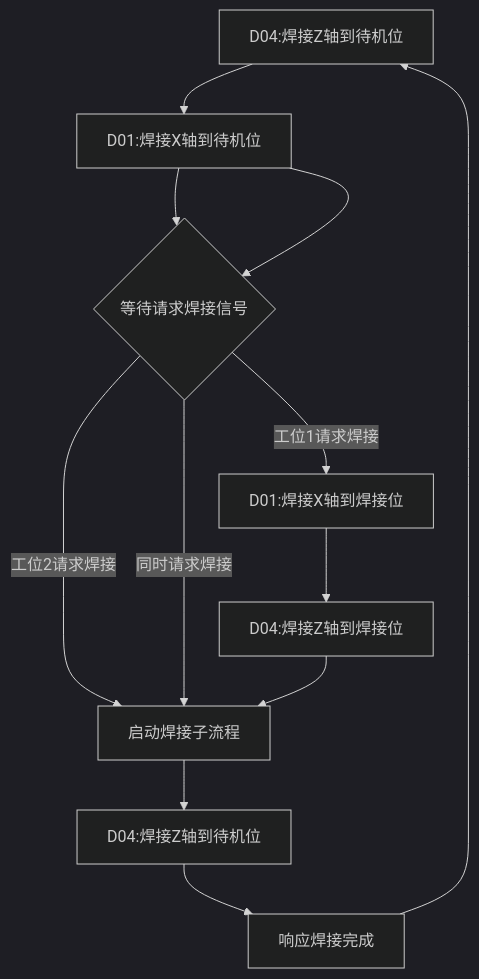
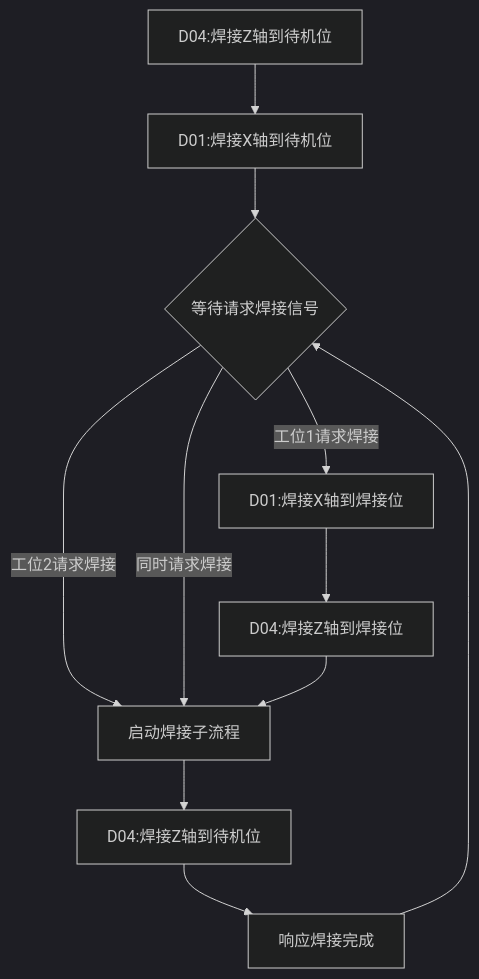
One commit to PengKun1/iodraw-files changed the diagram in all/OP10焊接工位自动流程.md. Above: the diagram before and after it, drawn with Mermaid (dark theme).

Commit message:
2024-08-06 16:58:08 update

````diff
--- a/all/OP10焊接工位自动流程.md
+++ b/all/OP10焊接工位自动流程.md
@@ -1,14 +1,13 @@
 ```mermaid
 graph TD
 10[D04:焊接Z轴到待机位]-->20
 20[D01:焊接X轴到待机位]-->30
 30{等待请求焊接信号}-->|工位1请求焊接|40
 30-->|工位2请求焊接|60
 30-->|同时请求焊接|60
 40[D01:焊接X轴到焊接位]-->50
 50[D04:焊接Z轴到焊接位]-->60
 60[启动焊接子流程]-->70
 70[D04:焊接Z轴到待机位]-->80
-20[D01:焊接X轴到待机位]-->30
-80[响应焊接完成]-->10
+80[响应焊接完成]-->30
 ```
````
